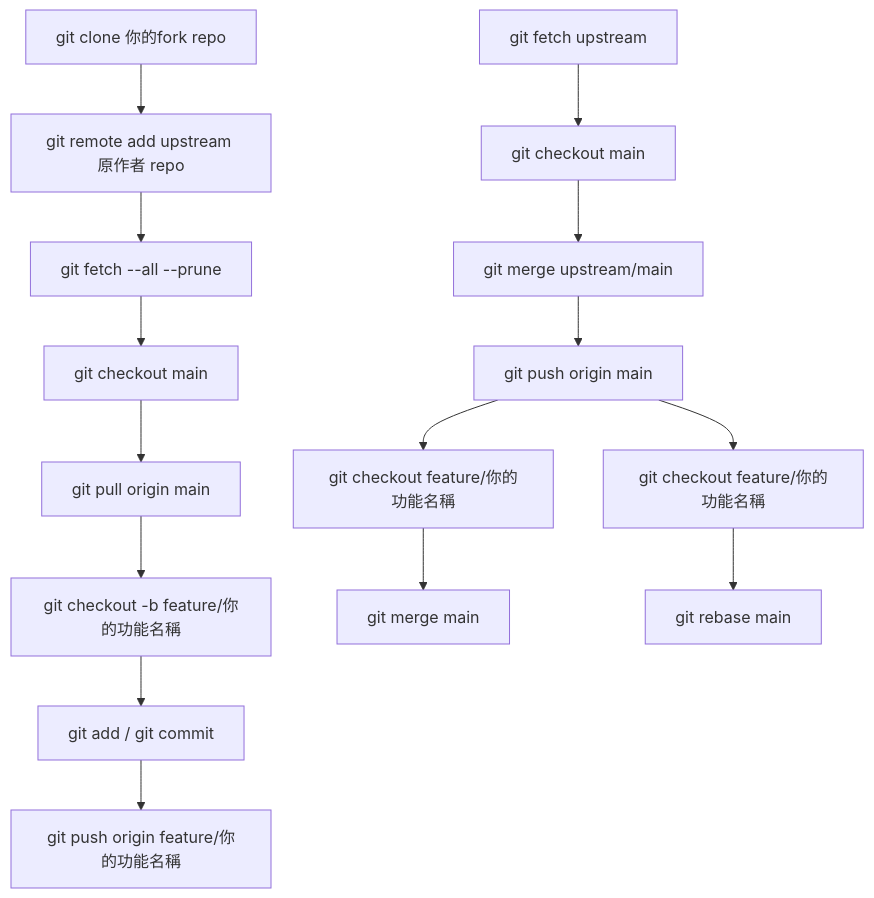
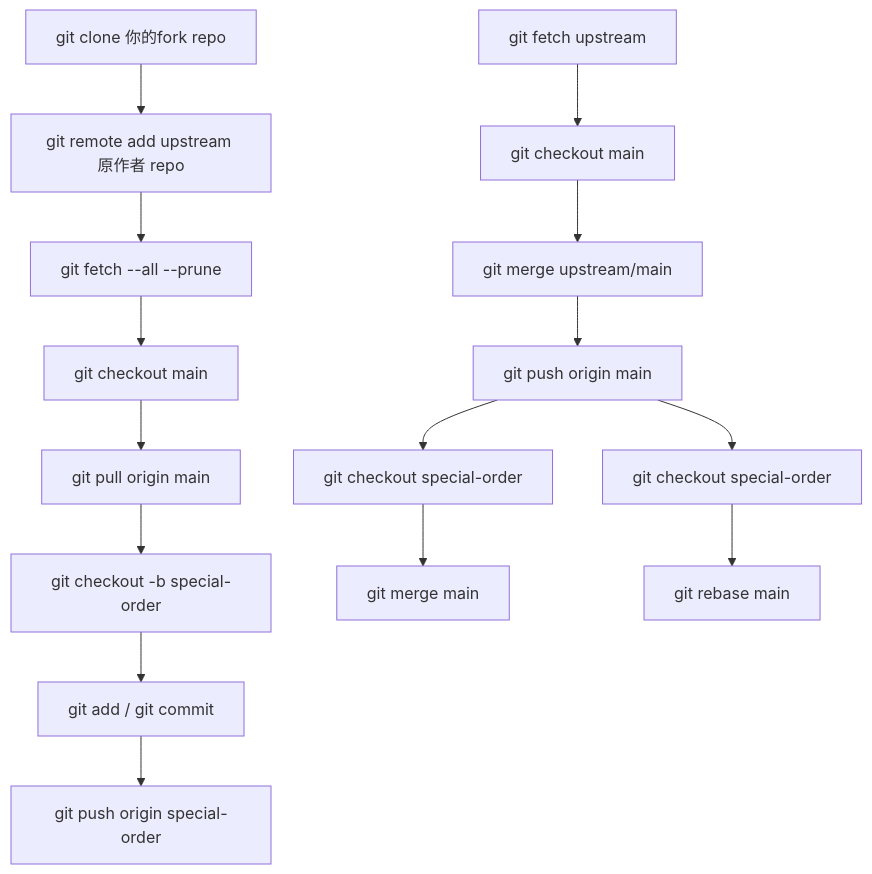
The diagram in docs/fork_workflow.md (jacktea88/order-linebot), drawn with Mermaid before and after one commit. The commit also changed other lines of this file and 3 other files, not shown here.

````diff
--- a/docs/fork_workflow.md
+++ b/docs/fork_workflow.md
@@ -154,20 +154,20 @@
 ```mermaid
 flowchart TD
 	A[git clone 你的fork repo] --> B[git remote add upstream 原作者 repo]
 	B --> C[git fetch --all --prune]
 	C --> D[git checkout main]
 	D --> E[git pull origin main]
-	E --> F[git checkout -b feature/你的功能名稱]
+	E --> F[git checkout -b special-order]
 	F --> G[git add / git commit]
-	G --> H[git push origin feature/你的功能名稱]
+	G --> H[git push origin special-order]
 
 	I[git fetch upstream] --> J[git checkout main]
 	J --> K[git merge upstream/main]
 	K --> L[git push origin main]
 
-	L --> M[git checkout feature/你的功能名稱]
+	L --> M[git checkout special-order]
 	M --> N[git merge main]
 
-	L --> O[git checkout feature/你的功能名稱]
+	L --> O[git checkout special-order]
 	O --> P[git rebase main]
 ```
````
